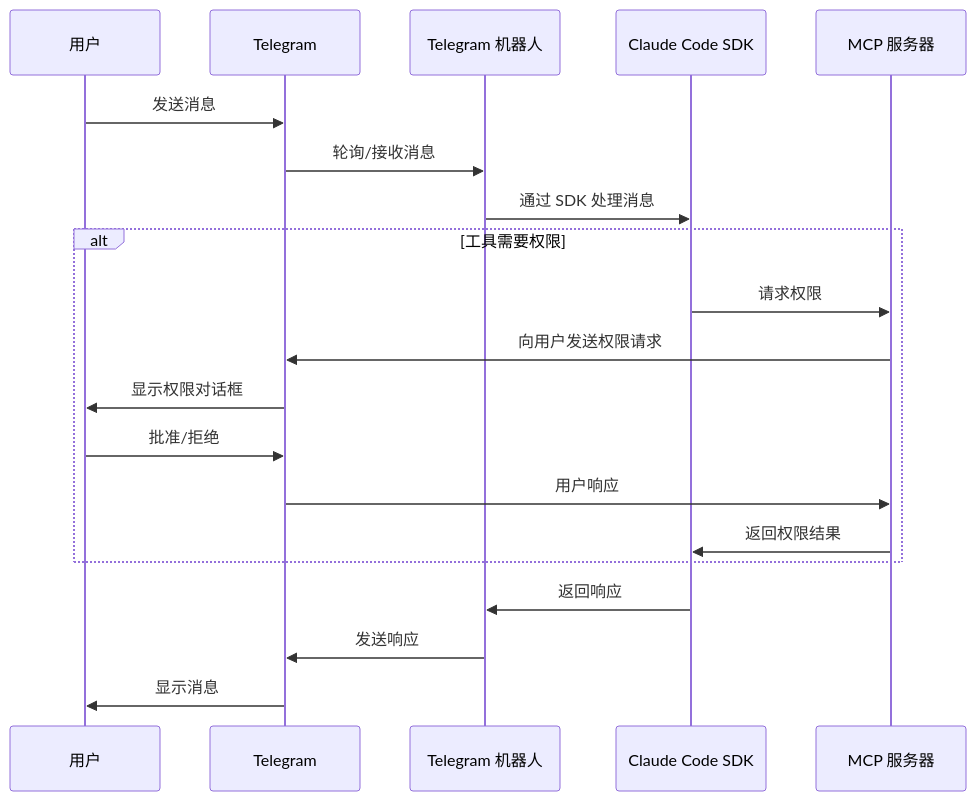
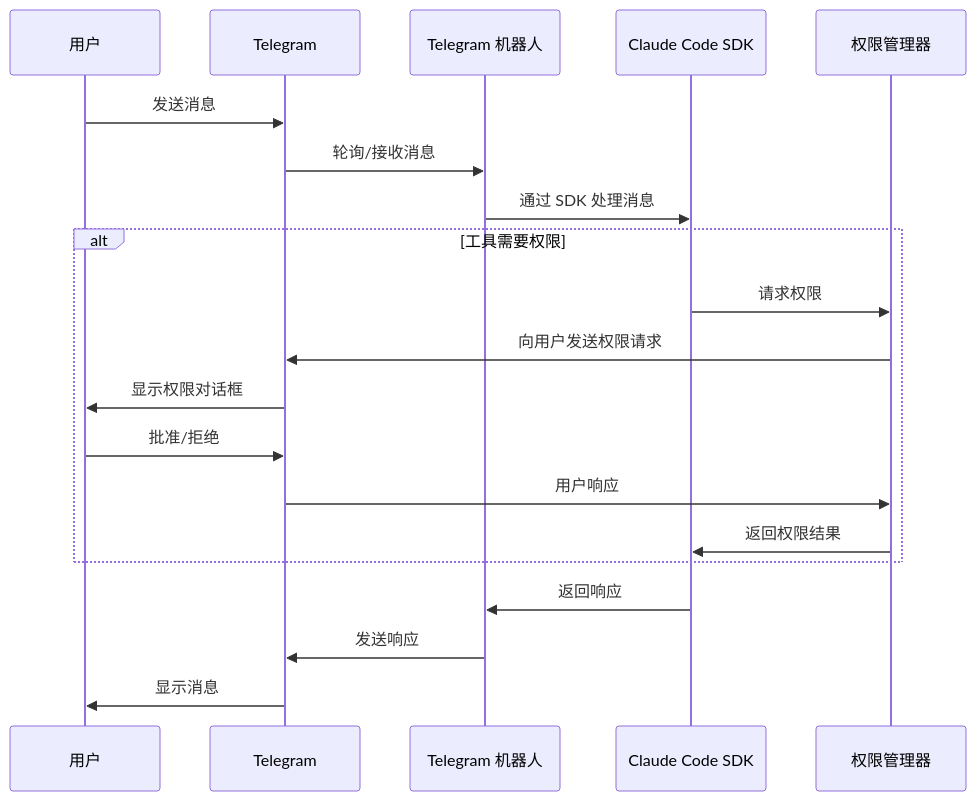
One commit to Nickqiaoo/chatcode changed the diagram in README-zh.md. Above: the diagram before and after it, drawn with Mermaid. The commit also changed other lines of this file and 17 other files, not shown here.

````diff
--- a/README-zh.md
+++ b/README-zh.md
@@ -238,25 +237,25 @@
 ```mermaid
 sequenceDiagram
     participant User as 用户
     participant TG as Telegram
     participant Bot as Telegram 机器人
     participant Claude as Claude Code SDK
-    participant MCP as MCP 服务器
+    participant PM as 权限管理器
     
     User->>TG: 发送消息
     TG->>Bot: 轮询/接收消息
     Bot->>Claude: 通过 SDK 处理消息
     
     alt 工具需要权限
-        Claude->>MCP: 请求权限
-        MCP->>TG: 向用户发送权限请求
+        Claude->>PM: 请求权限
+        PM->>TG: 向用户发送权限请求
         TG->>User: 显示权限对话框
         User->>TG: 批准/拒绝
-        TG->>MCP: 用户响应
-        MCP->>Claude: 返回权限结果
+        TG->>PM: 用户响应
+        PM->>Claude: 返回权限结果
     end
     
     Claude->>Bot: 返回响应
     Bot->>TG: 发送响应
     TG->>User: 显示消息
 ```
````
